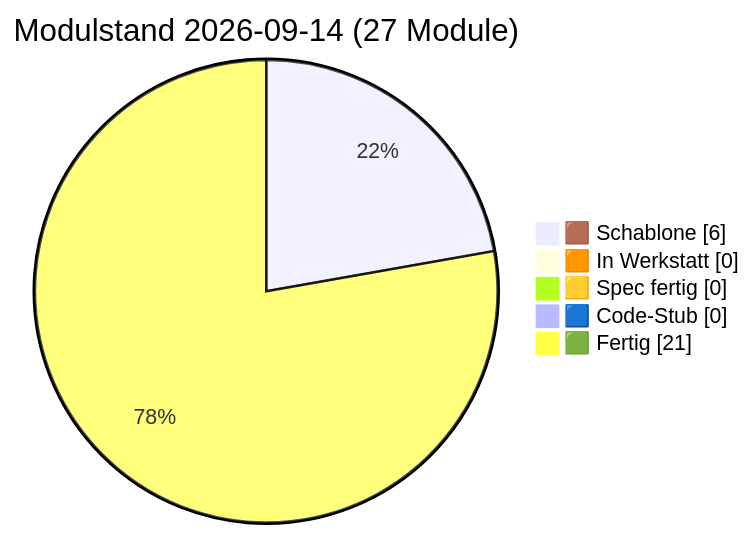
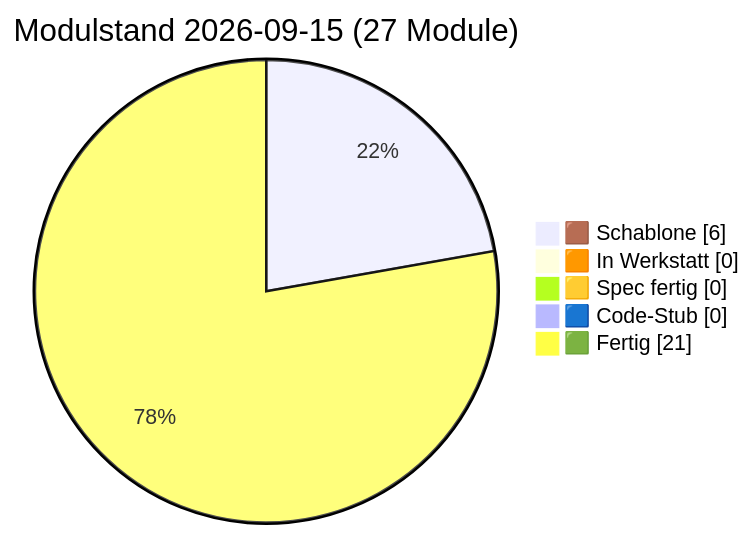
One commit to lausiklauskn-png/Sage-Protokol changed the diagram in docs/PULS.md. Above: the diagram before and after it, drawn with Mermaid. The commit also changed other lines of this file and 4 other files, not shown here.

````diff
--- a/docs/PULS.md
+++ b/docs/PULS.md
@@ -21,9 +21,9 @@
 ```mermaid
 pie showData
-  title Modulstand 2026-09-14 (27 Module)
+  title Modulstand 2026-09-15 (27 Module)
   "🟫 Schablone" : 6
   "🟧 In Werkstatt" : 0
   "🟨 Spec fertig" : 0
   "🟦 Code-Stub" : 0
   "🟩 Fertig" : 21
 ```
````
